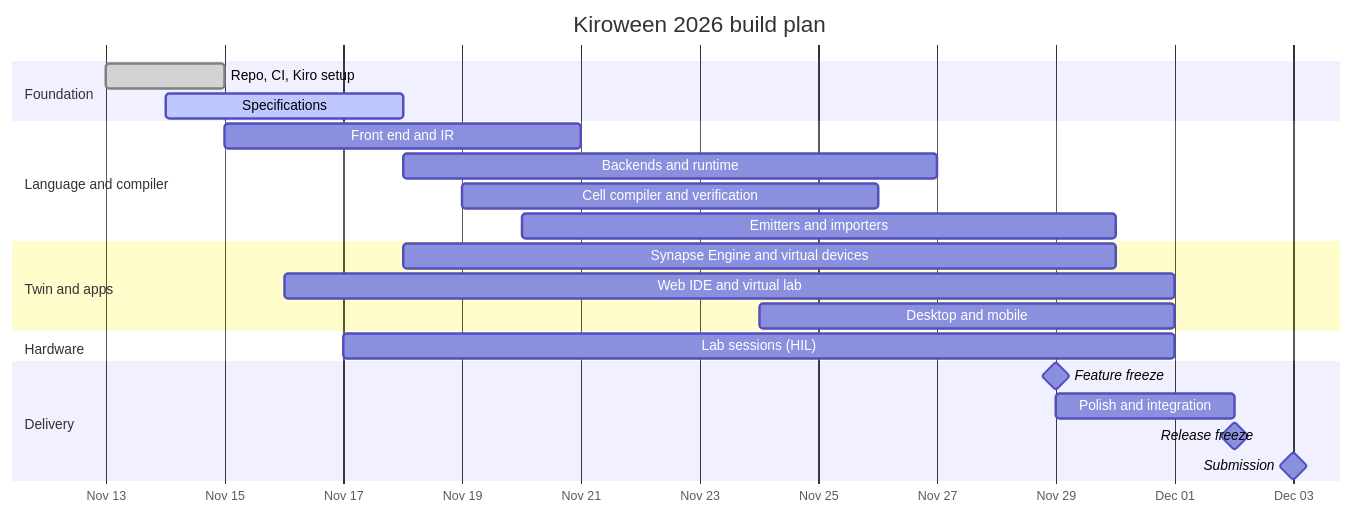
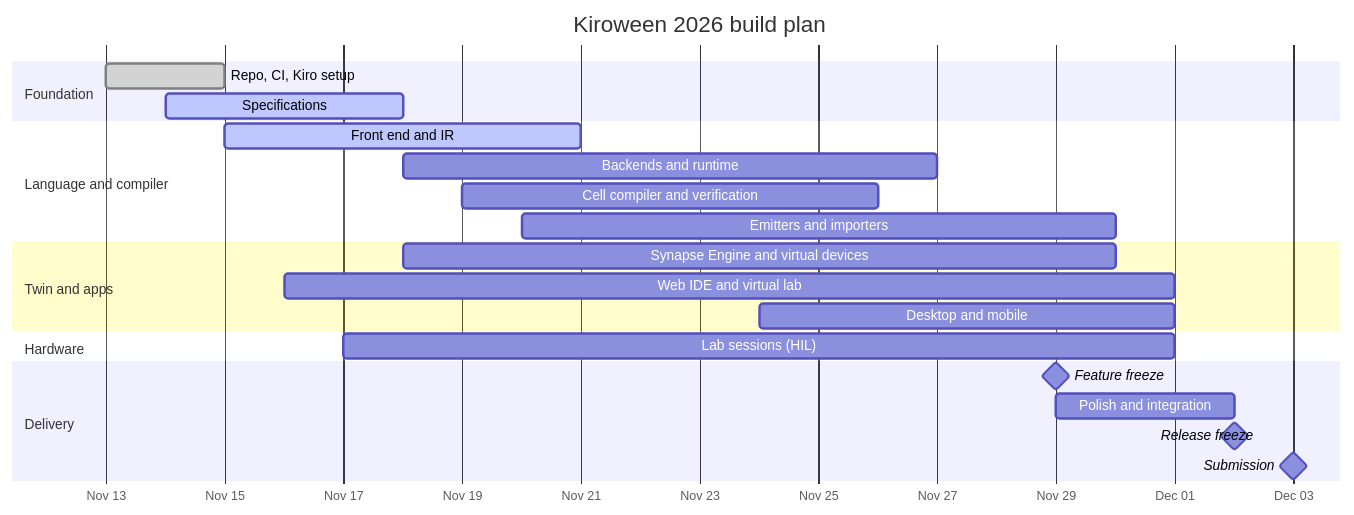
Before and after one commit to HCHAPS404/Synapse-Studio: the sixth of 6 diagrams in README.md, drawn with Mermaid. The commit also changed other lines of this file and 1 other file, not shown here.

````diff
--- a/README.md
+++ b/README.md
@@ -555,25 +586,25 @@
 ```mermaid
 gantt
   title Kiroween 2026 build plan
   dateFormat YYYY-MM-DD
   axisFormat %b %d
   section Foundation
   Repo, CI, Kiro setup            :done,   f0, 2026-11-13, 2d
   Specifications                  :active, f1, 2026-11-14, 4d
   section Language and compiler
-  Front end and IR                :        f2, 2026-11-15, 6d
+  Front end and IR                :active, f2, 2026-11-15, 6d
   Backends and runtime            :        f4, 2026-11-18, 9d
   Cell compiler and verification  :        f6, 2026-11-19, 7d
   Emitters and importers          :        f7, 2026-11-20, 10d
   section Twin and apps
   Synapse Engine and virtual devices :     f11, 2026-11-18, 12d
   Web IDE and virtual lab         :        f12, 2026-11-16, 15d
   Desktop and mobile              :        f14, 2026-11-24, 7d
   section Hardware
   Lab sessions (HIL)              :        f10, 2026-11-17, 14d
   section Delivery
   Feature freeze                  :milestone, 2026-11-29, 0d
   Polish and integration          :        f17, 2026-11-29, 3d
   Release freeze                  :milestone, 2026-12-02, 0d
   Submission                      :milestone, 2026-12-03, 0d
 ```
````
